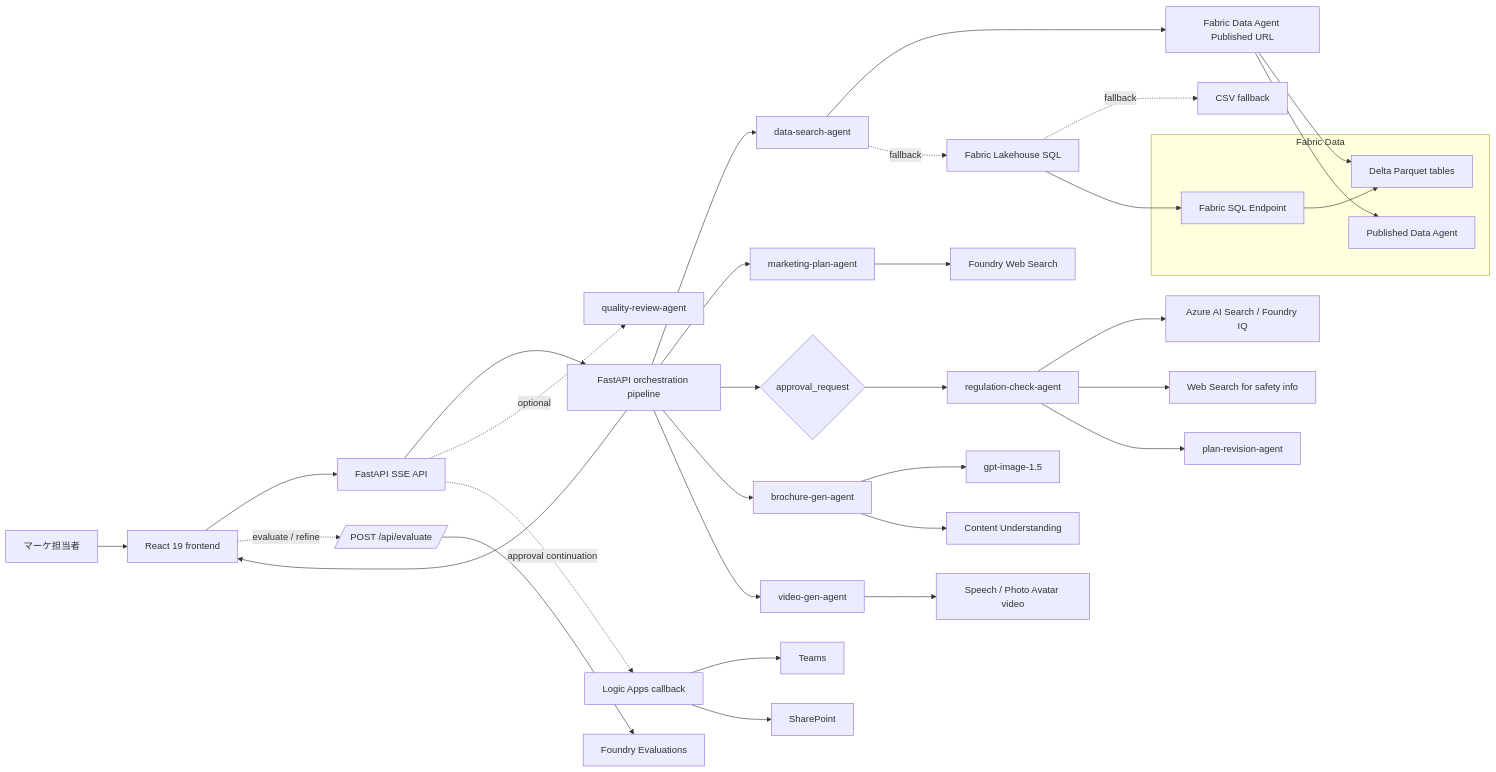
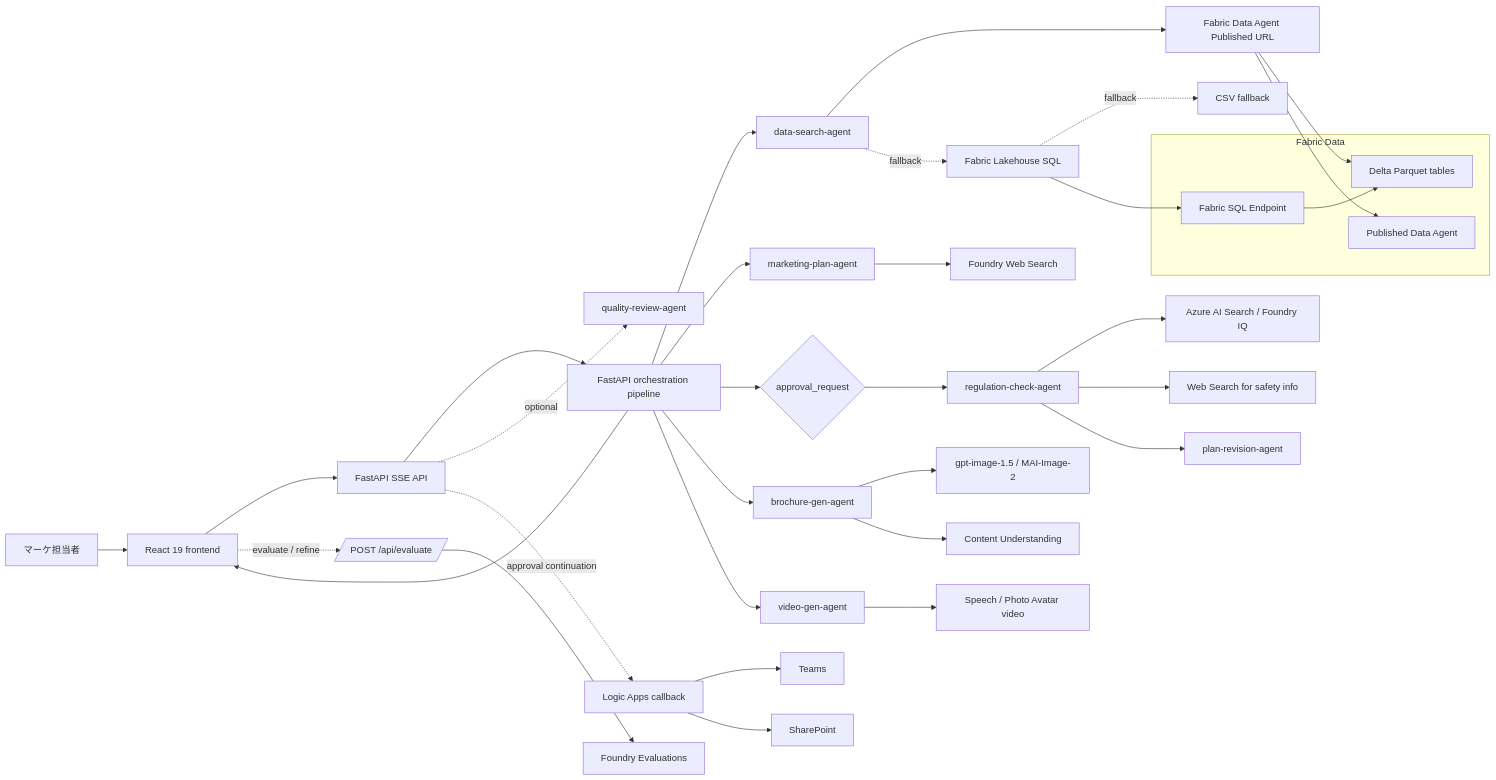
Before and after one commit to naoki1213mj/hackathon-teamD: the first of 2 diagrams in docs/azure-architecture.md, drawn with Mermaid. The commit also changed 8 other files, not shown here.

First line of the commit message:
fix: MAI-Image-2 の認証スコープを修正 + ドキュメント更新

````diff
--- a/docs/azure-architecture.md
+++ b/docs/azure-architecture.md
@@ -7,46 +7,46 @@
 ```mermaid
 flowchart LR
     user[マーケ担当者] --> ui[React 19 frontend]
     ui --> api[FastAPI SSE API]
     ui -. evaluate / refine .-> eval[/POST /api/evaluate/]
     eval --> foundryEval[Foundry Evaluations]
     api --> flow[FastAPI orchestration pipeline]
 
     flow --> a1[data-search-agent]
     a1 --> dataAgent[Fabric Data Agent Published URL]
     dataAgent --> fabricDelta[Lakehouse tables]
     a1 -. fallback .-> fabric[Fabric Lakehouse SQL]
     fabric -. fallback .-> csv[CSV fallback]
 
     flow --> a2[marketing-plan-agent]
     a2 --> web[Foundry Web Search]
 
     flow --> approval{approval_request}
     approval --> a3a[regulation-check-agent]
     a3a --> search[Azure AI Search / Foundry IQ]
     a3a --> safetyweb[Web Search for safety info]
 
     a3a --> a3b[plan-revision-agent]
 
     flow --> a4[brochure-gen-agent]
-    a4 --> image[gpt-image-1.5]
+    a4 --> image[gpt-image-1.5 / MAI-Image-2]
     a4 --> cu[Content Understanding]
 
     flow --> a5[video-gen-agent]
     a5 --> speech[Speech / Photo Avatar video]
 
     subgraph fabricLayer[Fabric Data]
         fabricSQL[Fabric SQL Endpoint]
         fabricAgent[Published Data Agent]
         fabricDelta[Delta Parquet tables]
     end
     fabric --> fabricSQL
     dataAgent --> fabricAgent
     fabricSQL --> fabricDelta
     flow --> ui
 
     api -. optional .-> review[quality-review-agent]
     api -. approval continuation .-> logic[Logic Apps callback]
     logic --> teams[Teams]
     logic --> sharepoint[SharePoint]
 ```
````
